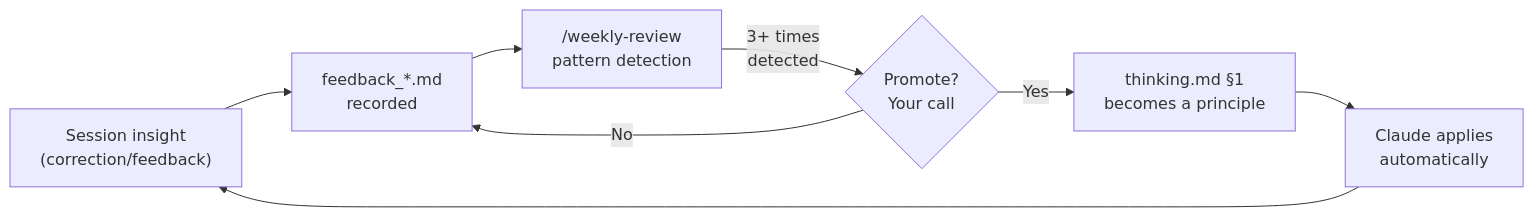
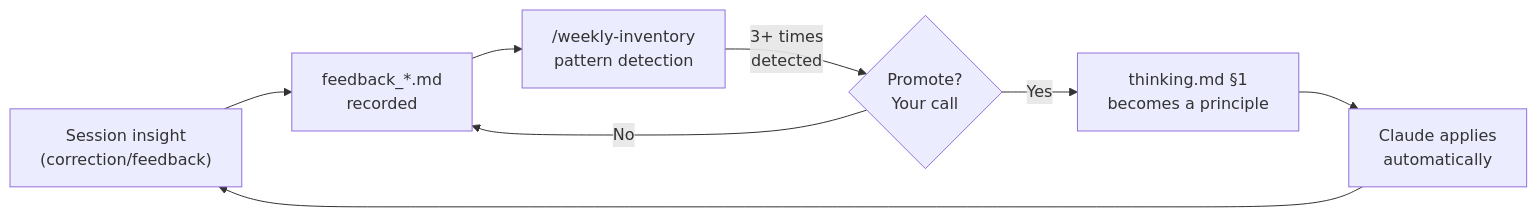
Before and after one commit to SideMountain/claude-code-sidekick: the first of 4 diagrams in README.md, drawn with Mermaid. The commit also changed other lines of this file and 21 other files, not shown here.

First line of the commit message:
feat: リリース取り込み設計 P1+P2+P3 + /weekly-inventory rename (v0.6.0)

````diff
--- a/README.md
+++ b/README.md
@@ -194,10 +194,10 @@
 ```mermaid
 flowchart LR
     S["Session insight<br/>(correction/feedback)"] --> F["feedback_*.md<br/>recorded"]
-    F --> P["/weekly-review<br/>pattern detection"]
+    F --> P["/weekly-inventory<br/>pattern detection"]
     P -->|"3+ times<br/>detected"| C{"Promote?<br/>Your call"}
     C -->|"Yes"| T["thinking.md §1<br/>becomes a principle"]
     C -->|"No"| F
     T --> A["Claude applies<br/>automatically"]
     A --> S
 ```
````
